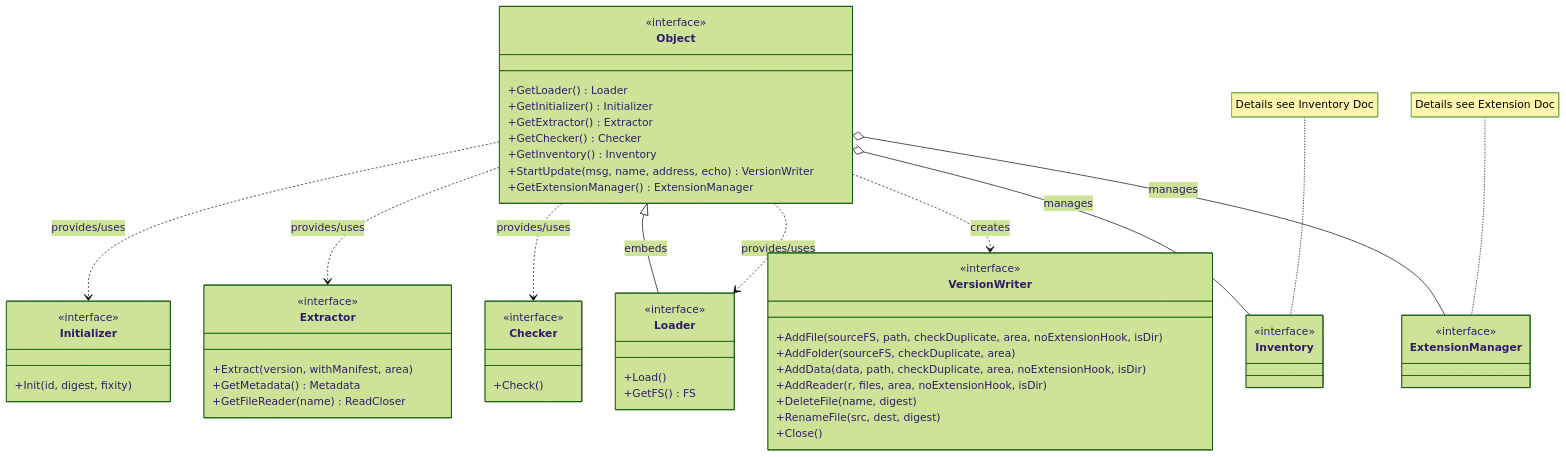
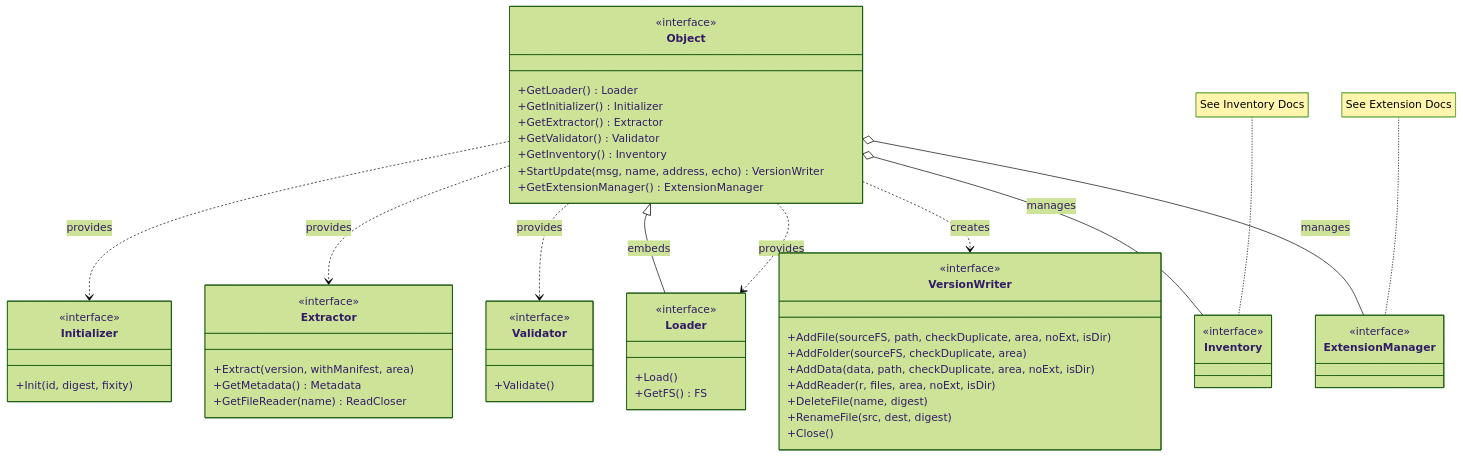
One commit to ocfl-archive/gocfl changed the diagram in pkg/ocfl/object/docs/architecture.md. Above: the diagram before and after it, drawn with Mermaid (forest theme). The commit also changed other lines of this file and 25 other files, not shown here.

Commit message:
Replaced `Checker` references with `Validator` across the project for clarity and consistency. Updated associated methods, documentation, examples, and tests.

````diff
--- a/pkg/ocfl/object/docs/architecture.md
+++ b/pkg/ocfl/object/docs/architecture.md
@@ -9,68 +9,68 @@
 ```mermaid
 classDiagram
     class Object {
         <<interface>>
         +GetLoader() Loader
         +GetInitializer() Initializer
         +GetExtractor() Extractor
-        +GetChecker() Checker
+        +GetValidator() Validator
         +GetInventory() Inventory
         +StartUpdate(msg, name, address, echo) VersionWriter
         +GetExtensionManager() ExtensionManager
     }
 
     class ExtensionManager {
         <<interface>>
     }
 
-    note for ExtensionManager "Details see Extension Doc"
+    note for ExtensionManager "See Extension Docs"
 
     class Loader {
         <<interface>>
         +Load()
         +GetFS() FS
     }
 
     class Initializer {
         <<interface>>
         +Init(id, digest, fixity)
     }
 
     class Extractor {
         <<interface>>
         +Extract(version, withManifest, area)
         +GetMetadata() Metadata
         +GetFileReader(name) ReadCloser
     }
 
     class VersionWriter {
         <<interface>>
-        +AddFile(sourceFS, path, checkDuplicate, area, noExtensionHook, isDir)
+        +AddFile(sourceFS, path, checkDuplicate, area, noExt, isDir)
         +AddFolder(sourceFS, checkDuplicate, area)
-        +AddData(data, path, checkDuplicate, area, noExtensionHook, isDir)
-        +AddReader(r, files, area, noExtensionHook, isDir)
+        +AddData(data, path, checkDuplicate, area, noExt, isDir)
+        +AddReader(r, files, area, noExt, isDir)
         +DeleteFile(name, digest)
         +RenameFile(src, dest, digest)
         +Close()
     }
 
-    class Checker {
+    class Validator {
         <<interface>>
-        +Check()
+        +Validate()
     }
 
     class Inventory {
         <<interface>>
     }
 
-    note for Inventory "Details see Inventory Doc"
+    note for Inventory "See Inventory Docs"
 
-    Object ..> Loader : provides/uses
-    Object ..> Initializer : provides/uses
-    Object ..> Extractor : provides/uses
-    Object ..> Checker : provides/uses
+    Object ..> Loader : provides
+    Object ..> Initializer : provides
+    Object ..> Extractor : provides
+    Object ..> Validator : provides
     Object ..> VersionWriter : creates
     Object o-- Inventory : manages
     Object o-- ExtensionManager : manages
     Loader --|> Object : embeds
 ```
````
